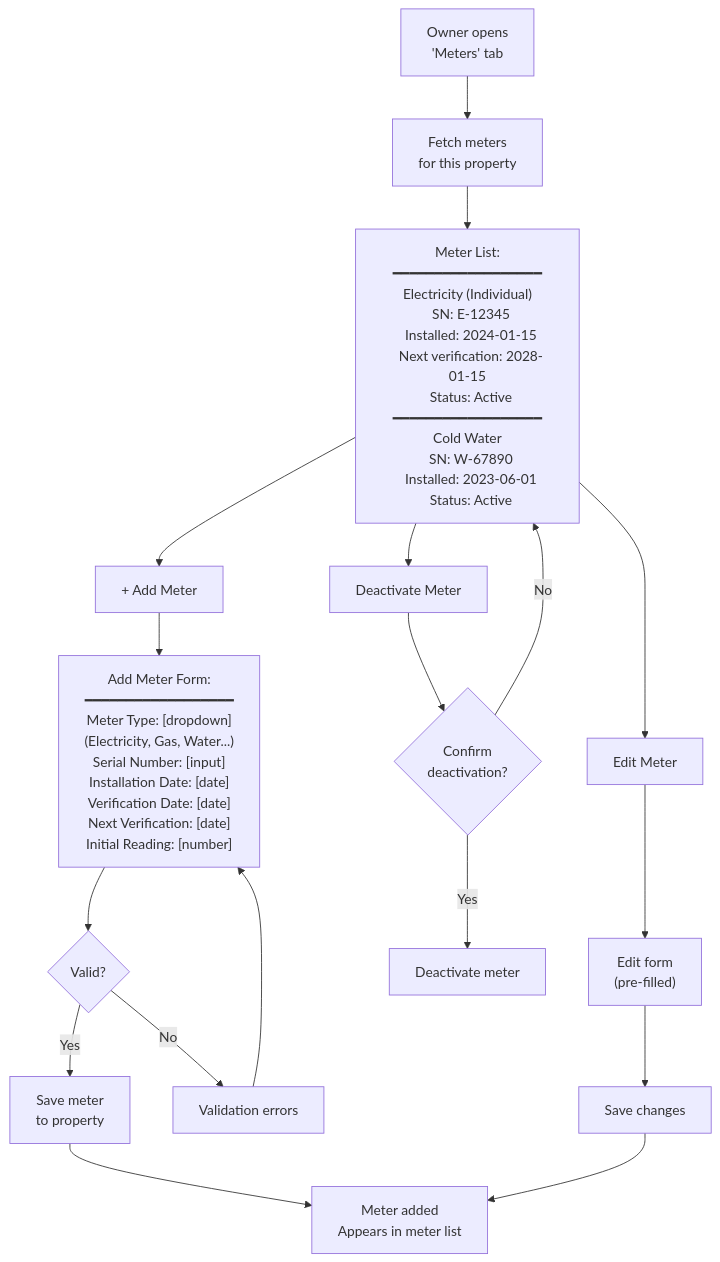
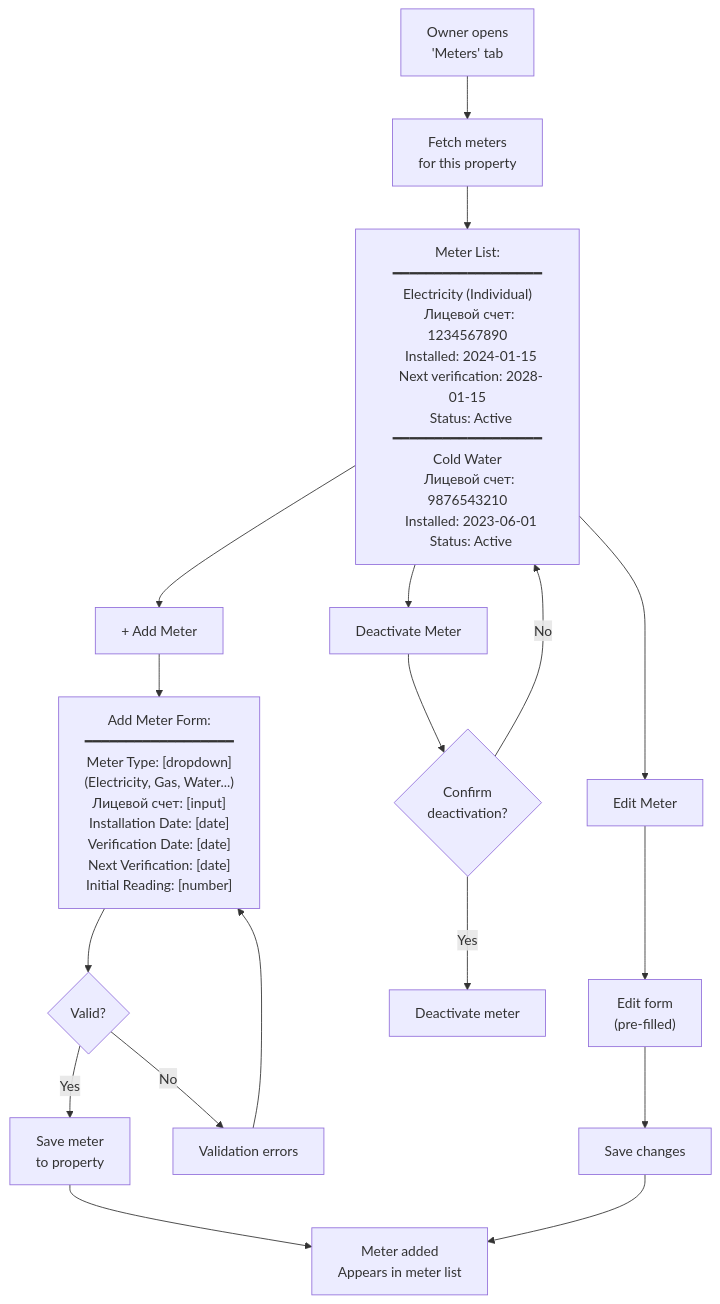
Before and after one commit to saodatm-dev/Utilities---Informational-Architecture: the fourth of 9 diagrams in Utilities - Business Owner.md, drawn with Mermaid. The commit also changed other lines of this file, not shown here.

Commit message:
docs: update informational architecture content for business owners

````diff
--- a/Utilities - Business Owner.md
+++ b/Utilities - Business Owner.md
@@ -99,27 +99,27 @@
 ```mermaid
 flowchart TD
     METERS["Owner opens<br/>'Meters' tab"] --> LIST["Fetch meters<br/>for this property"]
 
-    LIST --> VIEW["Meter List:<br/>━━━━━━━━━━━━━━━━━━<br/>Electricity (Individual)<br/>  SN: E-12345<br/>  Installed: 2024-01-15<br/>  Next verification: 2028-01-15<br/>  Status: Active<br/>━━━━━━━━━━━━━━━━━━<br/>Cold Water<br/>  SN: W-67890<br/>  Installed: 2023-06-01<br/>  Status: Active"]
+    LIST --> VIEW["Meter List:<br/>━━━━━━━━━━━━━━━━━━<br/>Electricity (Individual)<br/>  Лицевой счет: 1234567890<br/>  Installed: 2024-01-15<br/>  Next verification: 2028-01-15<br/>  Status: Active<br/>━━━━━━━━━━━━━━━━━━<br/>Cold Water<br/>  Лицевой счет: 9876543210<br/>  Installed: 2023-06-01<br/>  Status: Active"]
 
     VIEW --> ADD_BTN["+ Add Meter"]
     VIEW --> EDIT_BTN["Edit Meter"]
     VIEW --> DEACTIVATE["Deactivate Meter"]
 
-    ADD_BTN --> ADD_FORM["Add Meter Form:<br/>━━━━━━━━━━━━━━━━━━<br/>Meter Type: [dropdown]<br/>  (Electricity, Gas, Water...)<br/>Serial Number: [input]<br/>Installation Date: [date]<br/>Verification Date: [date]<br/>Next Verification: [date]<br/>Initial Reading: [number]"]
+    ADD_BTN --> ADD_FORM["Add Meter Form:<br/>━━━━━━━━━━━━━━━━━━<br/>Meter Type: [dropdown]<br/>  (Electricity, Gas, Water...)<br/>Лицевой счет: [input]<br/>Installation Date: [date]<br/>Verification Date: [date]<br/>Next Verification: [date]<br/>Initial Reading: [number]"]
 
     ADD_FORM --> VALIDATE_FORM{"Valid?"}
     VALIDATE_FORM -->|"Yes"| SAVE["Save meter<br/>to property"]
     VALIDATE_FORM -->|"No"| ERROR["Validation errors"]
     ERROR --> ADD_FORM
 
     SAVE --> SUCCESS["Meter added<br/>Appears in meter list"]
 
     EDIT_BTN --> EDIT_FORM["Edit form<br/>(pre-filled)"]
     EDIT_FORM --> SAVE_EDIT["Save changes"]
     SAVE_EDIT --> SUCCESS
 
     DEACTIVATE --> CONFIRM_DEACT{"Confirm<br/>deactivation?"}
     CONFIRM_DEACT -->|"Yes"| DO_DEACT["Deactivate meter"]
     CONFIRM_DEACT -->|"No"| VIEW
 ```
````
